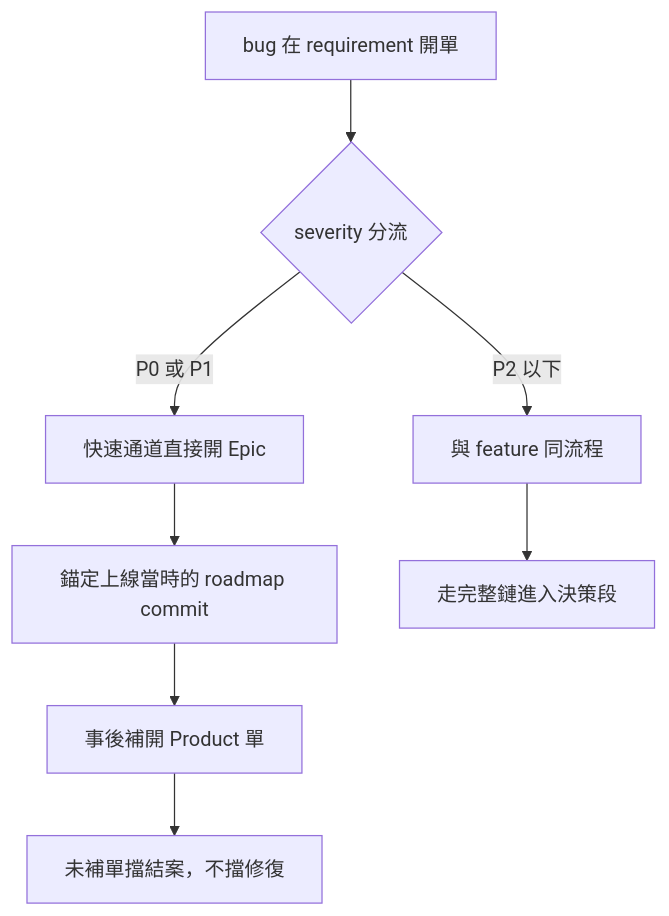
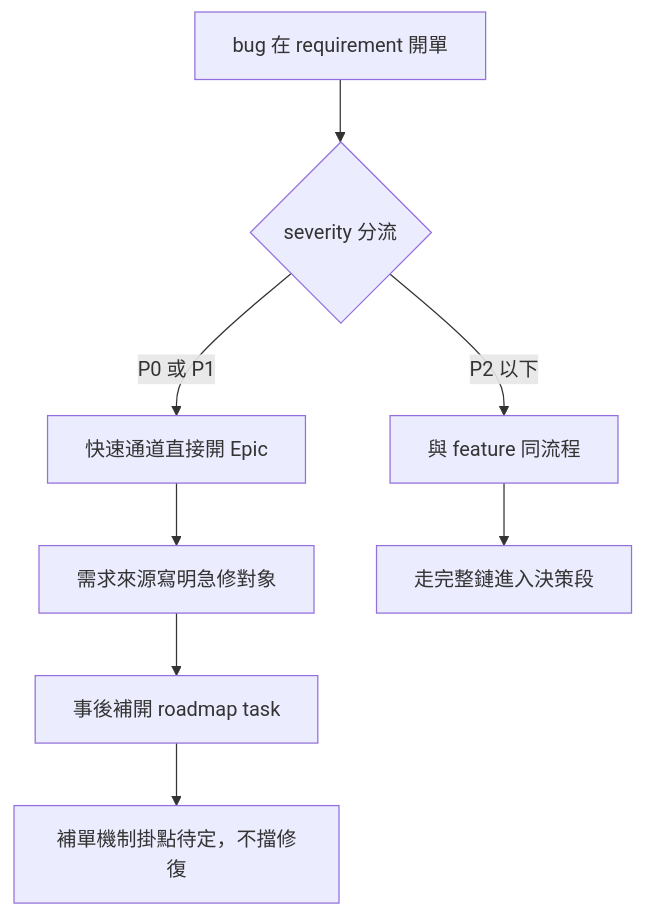
Before and after one commit to almightyken0425/KnowledgeVault: the second of 2 diagrams in no03_Product_Management_Guide/no1_Product_Management_Foundation/no3_igotthis_system_concept/no5_end_to_end_flow.md, drawn with Mermaid. The commit also changed other lines of this file and 7 other files, not shown here.

````diff
--- a/no03_Product_Management_Guide/no1_Product_Management_Foundation/no3_igotthis_system_concept/no5_end_to_end_flow.md
+++ b/no03_Product_Management_Guide/no1_Product_Management_Foundation/no3_igotthis_system_concept/no5_end_to_end_flow.md
@@ -33,10 +33,10 @@
 ```mermaid
 flowchart TD
     A["bug 在 requirement 開單"] --> B{"severity 分流"}
     B -->|P0 或 P1| C["快速通道直接開 Epic"]
-    C --> D["錨定上線當時的 roadmap commit"]
-    D --> E["事後補開 Product 單"]
-    E --> F["未補單擋結案，不擋修復"]
+    C --> D["需求來源寫明急修對象"]
+    D --> E["事後補開 roadmap task"]
+    E --> F["補單機制掛點待定，不擋修復"]
     B -->|P2 以下| G["與 feature 同流程"]
     G --> H["走完整鏈進入決策段"]
 ```
````
